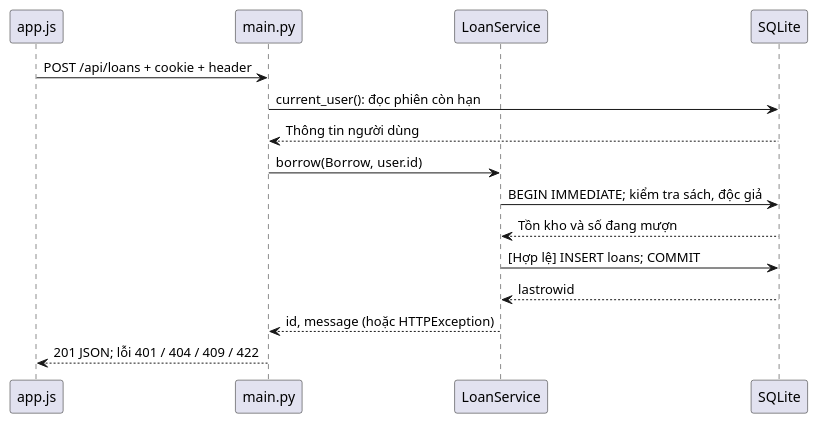
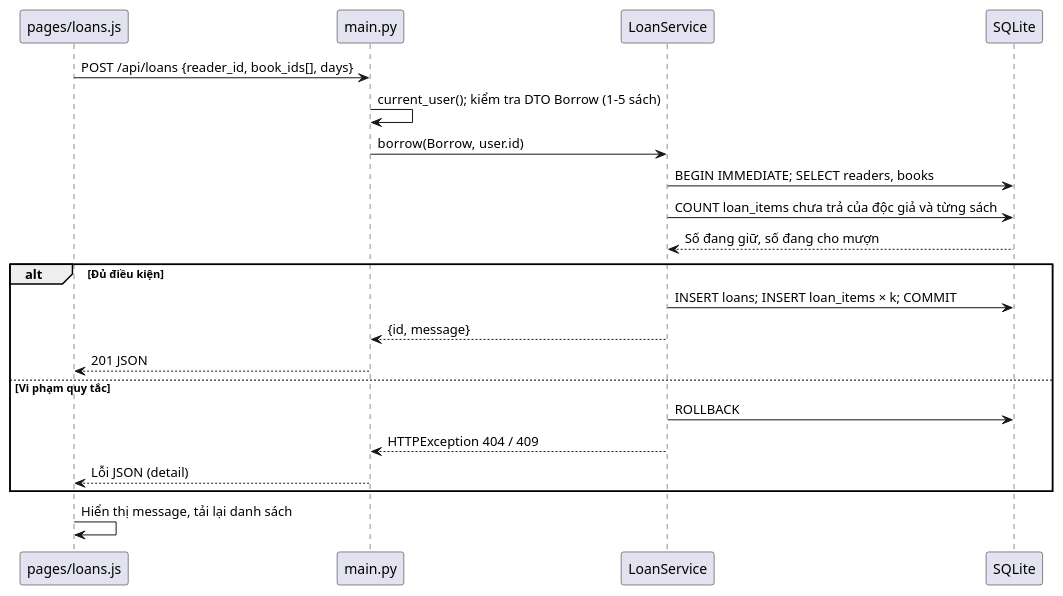
The diagram in docs/uml/10_design_borrow.puml (khoiln218/ThuVienMini), drawn with PlantUML before and after one commit. The commit also changed 108 other files, not shown here.

```diff
--- a/docs/uml/10_design_borrow.puml
+++ b/docs/uml/10_design_borrow.puml
@@ -1,19 +1,24 @@
 @startuml
 skinparam defaultFontName Arial
 skinparam shadowing false
-participant "app.js" as P0
+participant "pages/loans.js" as P0
 participant "main.py" as P1
 participant "LoanService" as P2
 participant "SQLite" as P3
-P0 -> P1: POST /api/loans + cookie + header
-P1 -> P3: current_user(): đọc phiên còn hạn
-P3 --> P1: Thông tin người dùng
+P0 -> P1: POST /api/loans {reader_id, book_ids[], days}
+P1 -> P1: current_user(); kiểm tra DTO Borrow (1–5 sách)
 P1 -> P2: borrow(Borrow, user.id)
-P2 -> P3: BEGIN IMMEDIATE; kiểm tra sách, độc giả
-P3 --> P2: Tồn kho và số đang mượn
-P2 -> P3: [Hợp lệ] INSERT loans; COMMIT
-P3 --> P2: lastrowid
-P2 --> P1: id, message (hoặc HTTPException)
-P1 --> P0: 201 JSON; lỗi 401 / 404 / 409 / 422
-
+P2 -> P3: BEGIN IMMEDIATE; SELECT readers, books
+P2 -> P3: COUNT loan_items chưa trả của độc giả và từng sách
+P3 --> P2: Số đang giữ, số đang cho mượn
+alt Đủ điều kiện
+  P2 -> P3: INSERT loans; INSERT loan_items × k; COMMIT
+  P2 --> P1: {id, message}
+  P1 --> P0: 201 JSON
+else Vi phạm quy tắc
+  P2 -> P3: ROLLBACK
+  P2 --> P1: HTTPException 404 / 409
+  P1 --> P0: Lỗi JSON (detail)
+end
+P0 -> P0: Hiển thị message, tải lại danh sách
 @enduml
```
